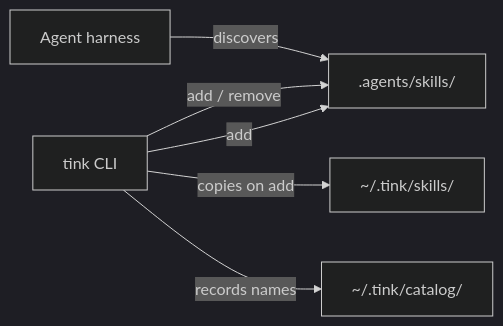
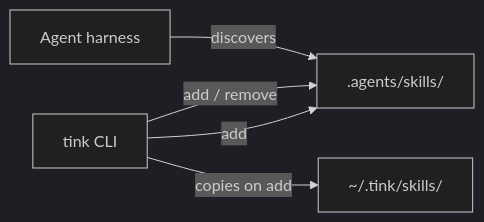
One commit to jon-devlapaz/tink changed the diagram in README.md. Above: the diagram before and after it, drawn with Mermaid (dark theme). The commit also changed other lines of this file and 23 other files, not shown here.

````diff
--- a/README.md
+++ b/README.md
@@ -111,14 +111,12 @@
 ```mermaid
 flowchart LR
   agent["Agent harness"]
   tink["tink CLI"]
   live[".agents/skills/"]
   library["~/.tink/skills/"]
-  catalog["~/.tink/catalog/"]
 
   agent -->|"discovers"| live
   tink -->|"add / remove"| live
   tink -->|"copies on add"| library
-  tink -->|"records names"| catalog
   tink -->|"add <library-name>"| live
 ```
````
